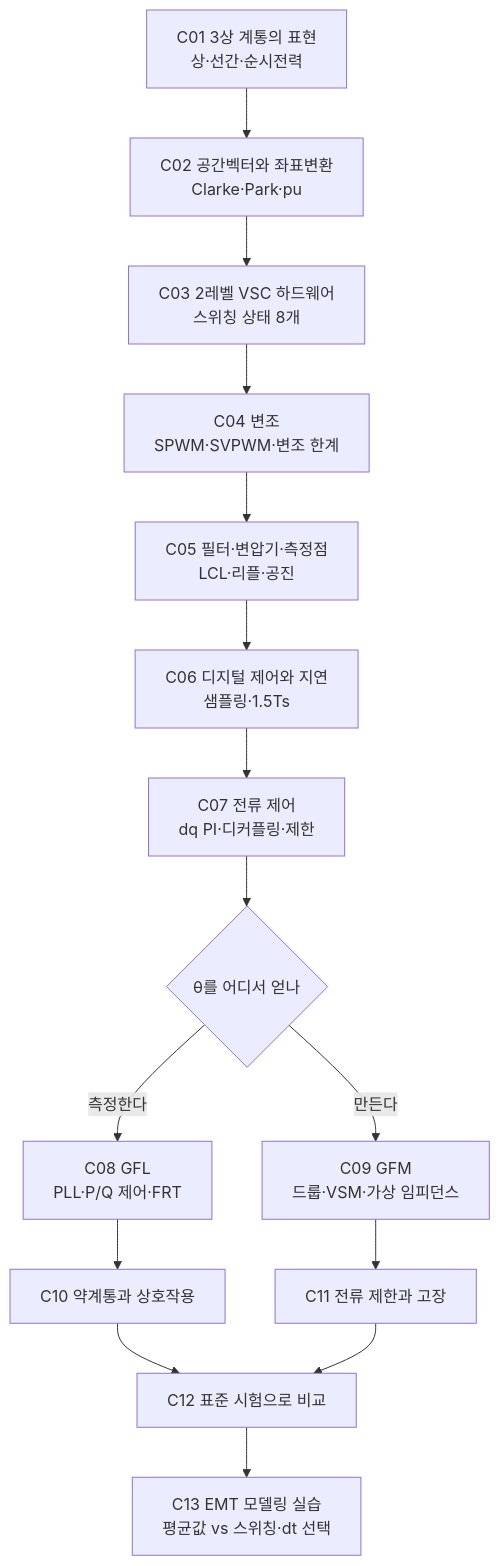
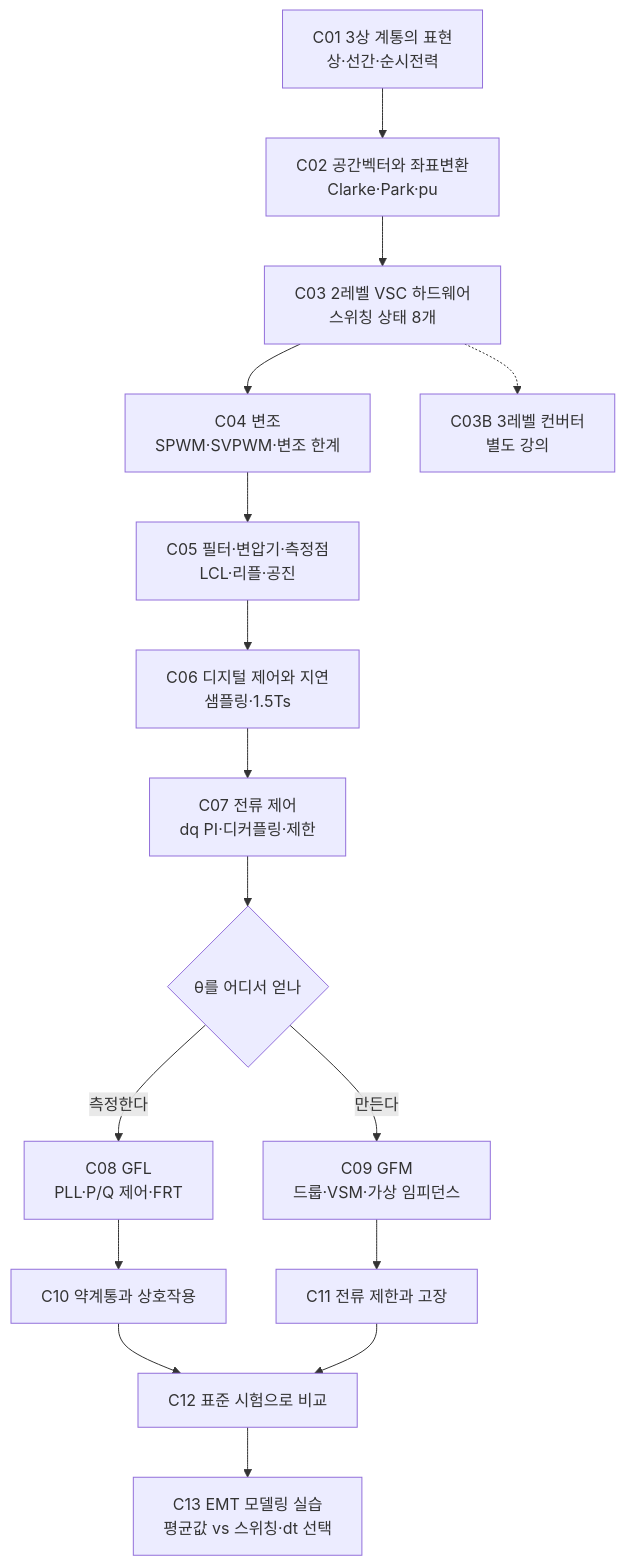
One commit to Gridex-kb/GFMGFL changed the diagram in plans/3상컨버터부터-GFM-GFL-설명계획.md. Above: the diagram before and after it, drawn with Mermaid. The commit also changed other lines of this file and 2 other files, not shown here.

````diff
--- a/plans/3상컨버터부터-GFM-GFL-설명계획.md
+++ b/plans/3상컨버터부터-GFM-GFL-설명계획.md
@@ -31,17 +32,18 @@
 ```mermaid
 flowchart TD
   A[C01 3상 계통의 표현<br/>상·선간·순시전력] --> B[C02 공간벡터와 좌표변환<br/>Clarke·Park·pu]
   B --> C[C03 2레벨 VSC 하드웨어<br/>스위칭 상태 8개]
   C --> D[C04 변조<br/>SPWM·SVPWM·변조 한계]
+  C -.-> C3B[C03B 3레벨 컨버터<br/>별도 강의]
   D --> E[C05 필터·변압기·측정점<br/>LCL·리플·공진]
   E --> F[C06 디지털 제어와 지연<br/>샘플링·1.5Ts]
   F --> G[C07 전류 제어<br/>dq PI·디커플링·제한]
   G --> H{θ를 어디서 얻나}
   H -->|측정한다| I[C08 GFL<br/>PLL·P/Q 제어·FRT]
   H -->|만든다| J[C09 GFM<br/>드룹·VSM·가상 임피던스]
   I --> K[C10 약계통과 상호작용]
   J --> L[C11 전류 제한과 고장]
   K --> M[C12 표준 시험으로 비교]
   L --> M
   M --> N[C13 EMT 모델링 실습<br/>평균값 vs 스위칭·dt 선택]
 ```
````
